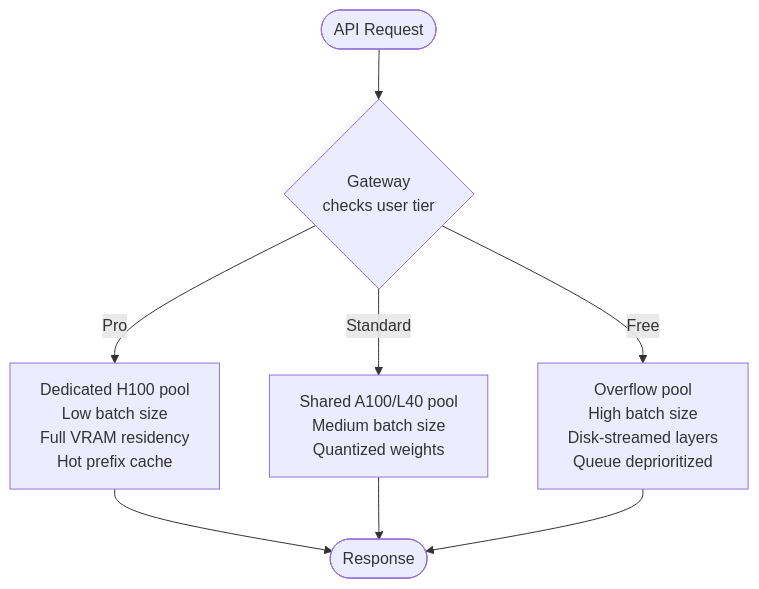
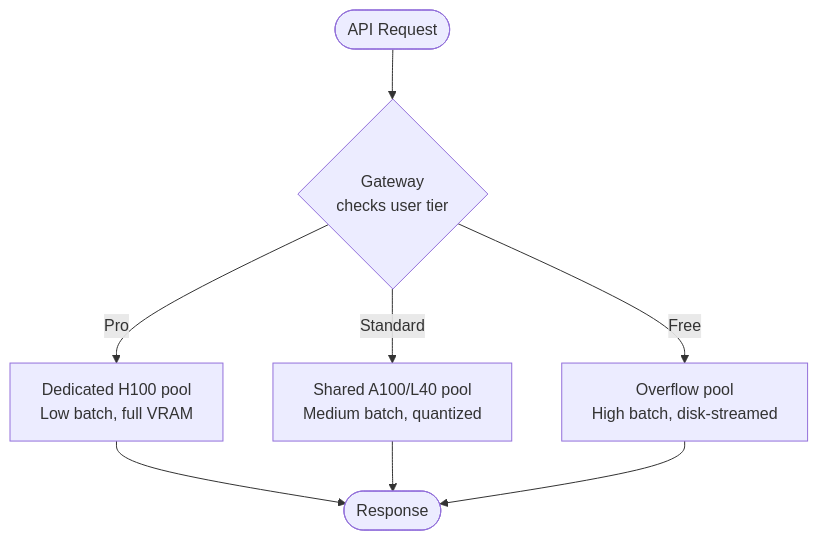
Before and after one commit to JonCooperWorks/rLLM: the ninth of 13 diagrams in docs/production-considerations.md, drawn with Mermaid. The commit also changed other lines of this file and 11 other files, not shown here.

````diff
--- a/docs/production-considerations.md
+++ b/docs/production-considerations.md
@@ -382,12 +305,12 @@
 ```mermaid
 graph TD
     Req([API Request]) --> GW{Gateway<br/>checks user tier}
 
-    GW -->|Pro| Pro["Dedicated H100 pool<br/>Low batch size<br/>Full VRAM residency<br/>Hot prefix cache"]
-    GW -->|Standard| Std["Shared A100/L40 pool<br/>Medium batch size<br/>Quantized weights"]
-    GW -->|Free| Free["Overflow pool<br/>High batch size<br/>Disk-streamed layers<br/>Queue deprioritized"]
+    GW -->|Pro| Pro["Dedicated H100 pool<br/>Low batch, full VRAM"]
+    GW -->|Standard| Std["Shared A100/L40 pool<br/>Medium batch, quantized"]
+    GW -->|Free| Free["Overflow pool<br/>High batch, disk-streamed"]
 
     Pro --> Resp([Response])
     Std --> Resp
     Free --> Resp
 ```
````
